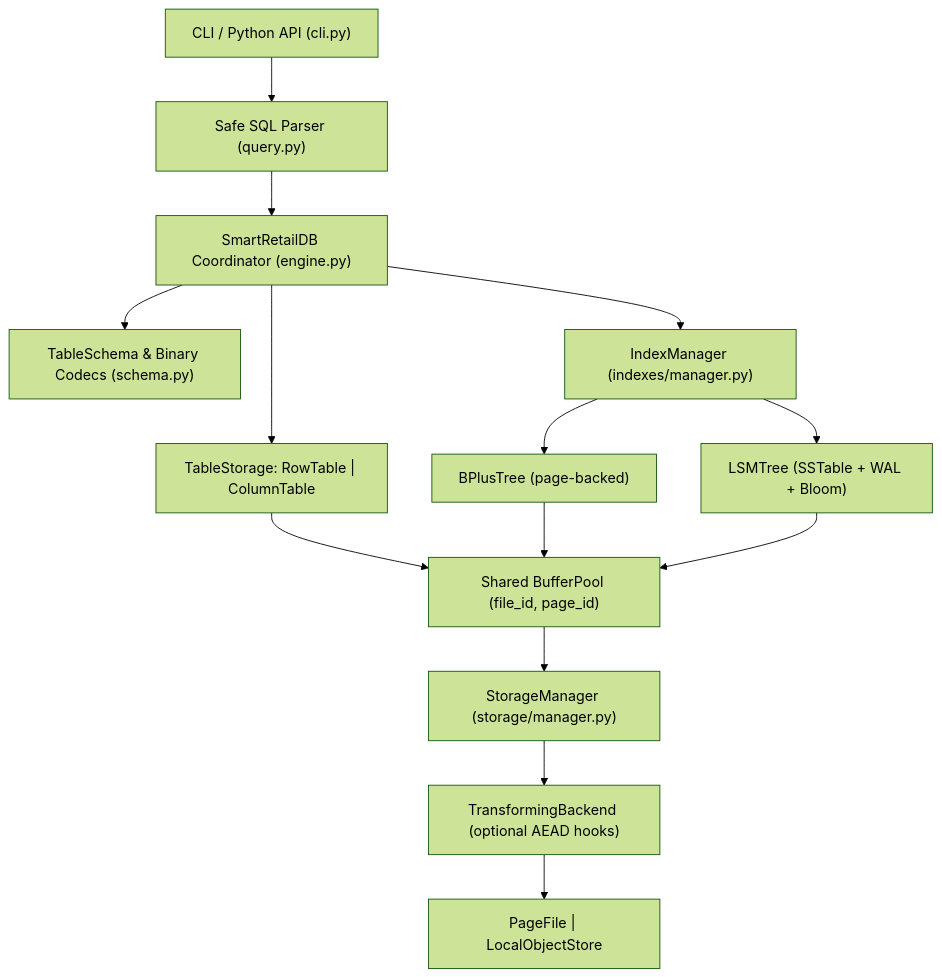
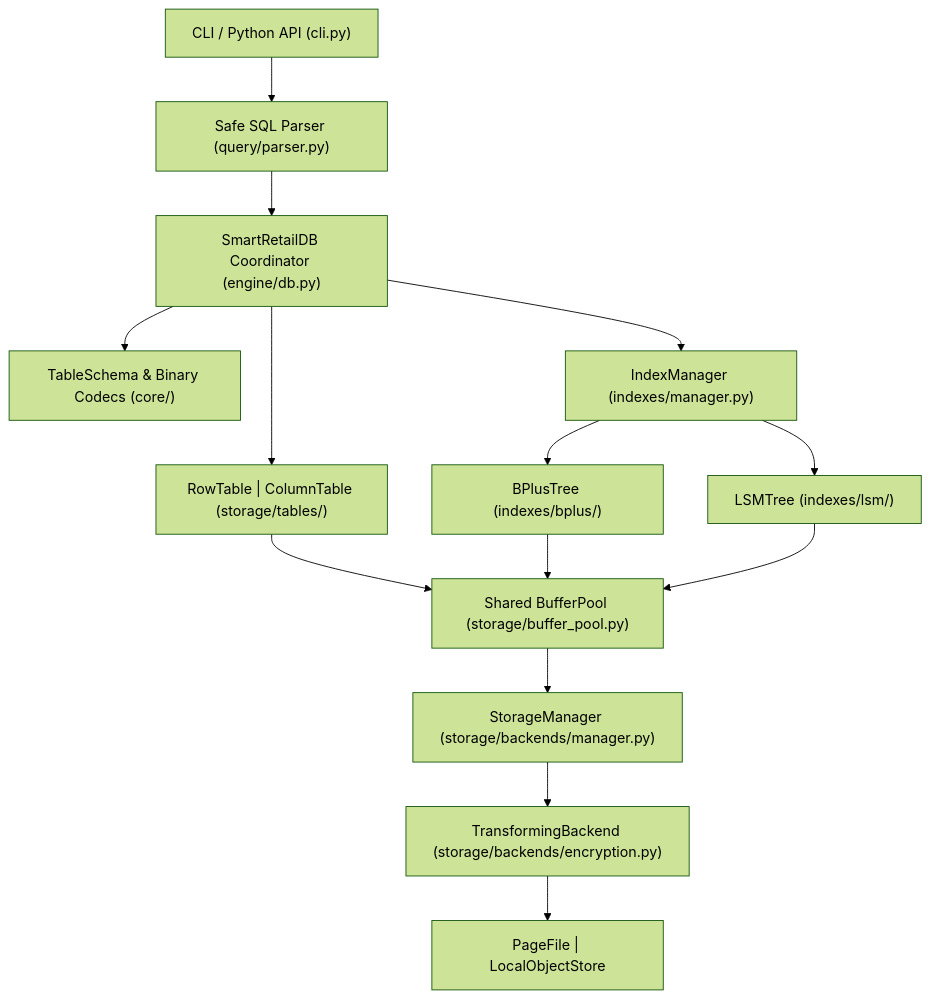
One commit to Elgohary74/smart-retail-adb changed the diagram in docs/architecture.md. Above: the diagram before and after it, drawn with Mermaid (forest theme). The commit also changed other lines of this file and 50 other files, not shown here.

````diff
--- a/docs/architecture.md
+++ b/docs/architecture.md
@@ -9,16 +9,16 @@
 ```mermaid
 flowchart TD
-    CLI["CLI / Python API (cli.py)"] --> Parser["Safe SQL Parser (query.py)"]
-    Parser --> Engine["SmartRetailDB Coordinator (engine.py)"]
-    Engine --> Schema["TableSchema & Binary Codecs (schema.py)"]
-    Engine --> Tables["TableStorage: RowTable | ColumnTable"]
+    CLI["CLI / Python API (cli.py)"] --> Parser["Safe SQL Parser (query/parser.py)"]
+    Parser --> Engine["SmartRetailDB Coordinator (engine/db.py)"]
+    Engine --> Core["TableSchema & Binary Codecs (core/)"]
+    Engine --> Tables["RowTable | ColumnTable (storage/tables/)"]
     Engine --> IdxMgr["IndexManager (indexes/manager.py)"]
-    IdxMgr --> BPlus["BPlusTree (page-backed)"]
-    IdxMgr --> LSM["LSMTree (SSTable + WAL + Bloom)"]
-    Tables --> Pool["Shared BufferPool (file_id, page_id)"]
+    IdxMgr --> BPlus["BPlusTree (indexes/bplus/)"]
+    IdxMgr --> LSM["LSMTree (indexes/lsm/)"]
+    Tables --> Pool["Shared BufferPool (storage/buffer_pool.py)"]
     BPlus --> Pool
     LSM --> Pool
-    Pool --> Mgr["StorageManager (storage/manager.py)"]
-    Mgr --> Enc["TransformingBackend (optional AEAD hooks)"]
+    Pool --> Mgr["StorageManager (storage/backends/manager.py)"]
+    Mgr --> Enc["TransformingBackend (storage/backends/encryption.py)"]
     Enc --> Backend["PageFile | LocalObjectStore"]
 ```
````
